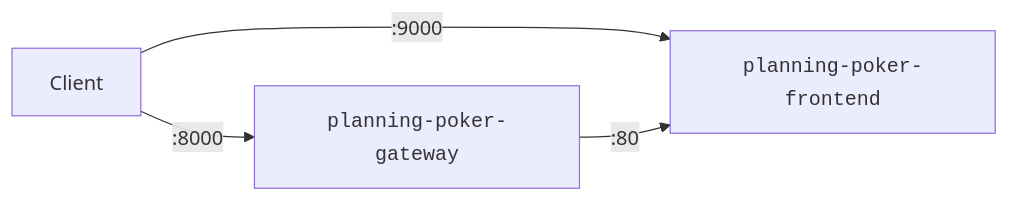
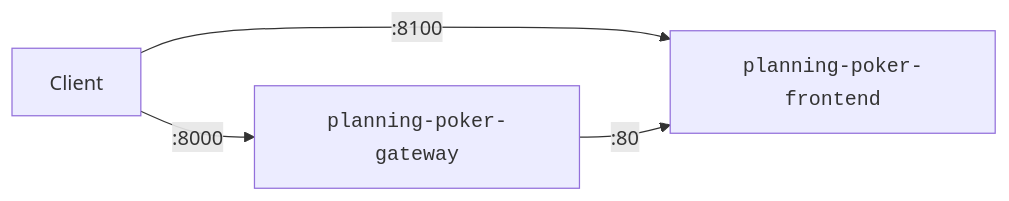
The first of 2 diagrams in README.md (bvfnbk/planning-poker), drawn with Mermaid before and after one commit. The commit also changed other lines of this file, not shown here.

````diff
--- a/README.md
+++ b/README.md
@@ -48,10 +58,9 @@
 ```mermaid
 flowchart LR
-    Client
-    Frontend["<code>planning-poker-frontend</code>"]
-    Gateway["<code>planning-poker-gateway</code>"]
-
-    Client -- :9000 --> Frontend
-    Client -- :8000 --> Gateway
-    Gateway -- :80 --> Frontend
+  Frontend["<code>planning-poker-frontend</code>"]
+  Gateway["<code>planning-poker-gateway</code>"]
+  Client
+  Client -- :8000 --> Gateway
+  Client -- :8100 --> Frontend
+  Gateway -- :80 --> Frontend
 ```
````
